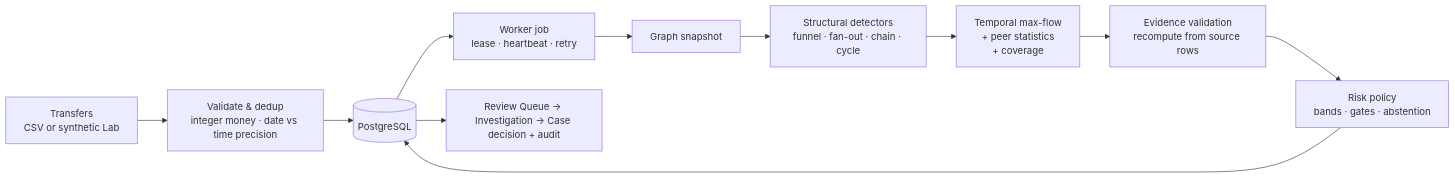
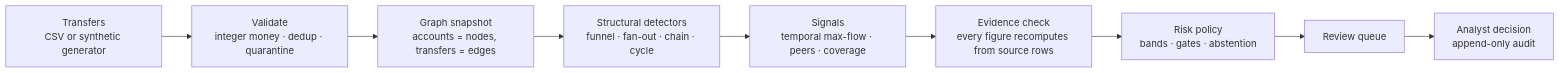
The first of 2 diagrams in README.md (SaginbekDaniel/SYNAPTIC-LABS), drawn with Mermaid before and after one commit. The commit also changed other lines of this file and 45 other files, not shown here.

````diff
--- a/README.md
+++ b/README.md
@@ -92,13 +52,11 @@
 ```mermaid
 flowchart LR
-  A["Transfers<br/>CSV or synthetic Lab"] --> B["Validate & dedup<br/>integer money · date vs time precision"]
-  B --> C[("PostgreSQL")]
-  C --> D["Worker job<br/>lease · heartbeat · retry"]
-  D --> E["Graph snapshot"]
-  E --> F["Structural detectors<br/>funnel · fan-out · chain · cycle"]
-  F --> G["Temporal max-flow<br/>+ peer statistics<br/>+ coverage"]
-  G --> H["Evidence validation<br/>recompute from source rows"]
-  H --> I["Risk policy<br/>bands · gates · abstention"]
-  I --> C
-  C --> J["Review Queue → Investigation → Case decision + audit"]
+  A["Transfers<br/>CSV or synthetic generator"] --> B["Validate<br/>integer money · dedup · quarantine"]
+  B --> C["Graph snapshot<br/>accounts = nodes, transfers = edges"]
+  C --> D["Structural detectors<br/>funnel · fan-out · chain · cycle"]
+  D --> E["Signals<br/>temporal max-flow · peers · coverage"]
+  E --> F["Evidence check<br/>every figure recomputes from source rows"]
+  F --> G["Risk policy<br/>bands · gates · abstention"]
+  G --> H["Review queue"]
+  H --> I["Analyst decision<br/>append-only audit"]
 ```
````
